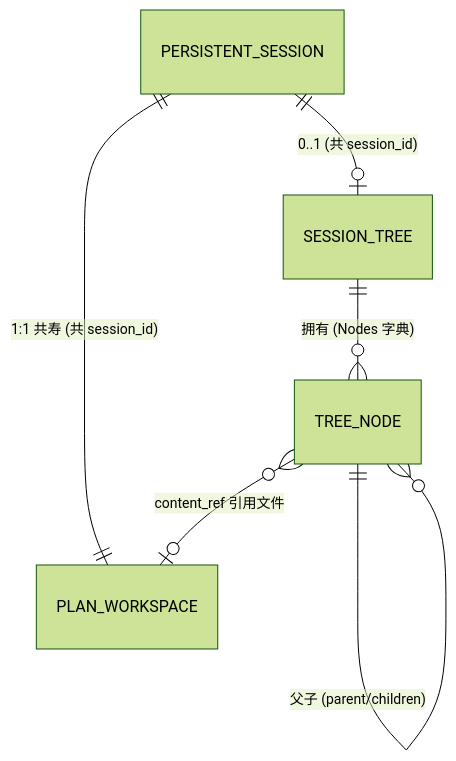
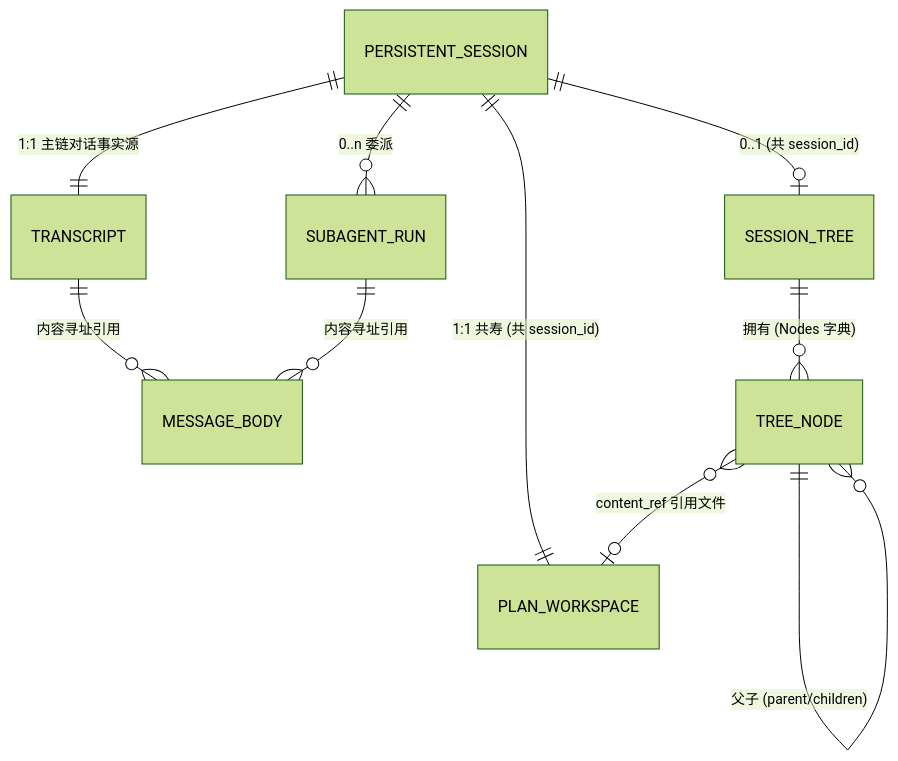
The diagram in doc/domains/core/session/models.md (vogo/vv), drawn with Mermaid (forest theme) before and after one commit. The commit also changed other lines of this file and 43 other files, not shown here.

Commit message:
feat: redesign session transcript storage

````diff
--- a/doc/domains/core/session/models.md
+++ b/doc/domains/core/session/models.md
@@ -7,8 +7,12 @@
 ```mermaid
 erDiagram
     PERSISTENT_SESSION ||--|| PLAN_WORKSPACE : "1:1 共寿 (共 session_id)"
+    PERSISTENT_SESSION ||--|| TRANSCRIPT : "1:1 主链对话事实源"
+    PERSISTENT_SESSION ||--o{ SUBAGENT_RUN : "0..n 委派"
+    TRANSCRIPT ||--o{ MESSAGE_BODY : "内容寻址引用"
+    SUBAGENT_RUN ||--o{ MESSAGE_BODY : "内容寻址引用"
     PERSISTENT_SESSION ||--o| SESSION_TREE : "0..1 (共 session_id)"
     SESSION_TREE ||--o{ TREE_NODE : "拥有 (Nodes 字典)"
     TREE_NODE ||--o{ TREE_NODE : "父子 (parent/children)"
     TREE_NODE }o--o| PLAN_WORKSPACE : "content_ref 引用文件"
 ```
````
